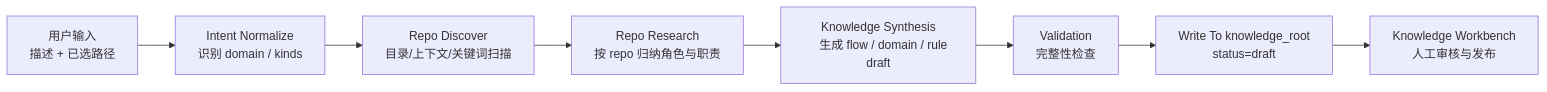
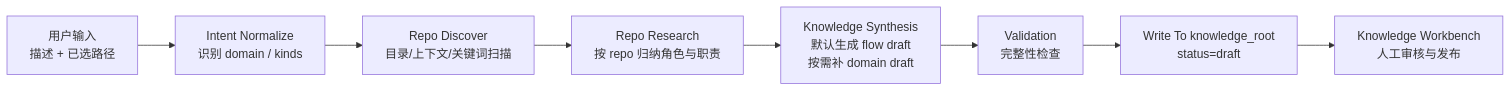
Before and after one commit to DreamCats/coco-flow: the first of 3 diagrams in docs/knowledge-generation-engine.md, drawn with Mermaid. The commit also changed other lines of this file and 15 other files, not shown here.

Commit message:
refine knowledge flow generation pipeline

````diff
--- a/docs/knowledge-generation-engine.md
+++ b/docs/knowledge-generation-engine.md
@@ -54,18 +54,19 @@
 ```mermaid
 flowchart LR
     A["用户输入
     描述 + 已选路径"] --> B["Intent Normalize
     识别 domain / kinds"]
     B --> C["Repo Discover
     目录/上下文/关键词扫描"]
     C --> D["Repo Research
     按 repo 归纳角色与职责"]
     D --> E["Knowledge Synthesis
-    生成 flow / domain / rule draft"]
+    默认生成 flow draft
+    按需补 domain draft"]
     E --> F["Validation
     完整性检查"]
     F --> G["Write To knowledge_root
     status=draft"]
     G --> H["Knowledge Workbench
     人工审核与发布"]
 ```
````
